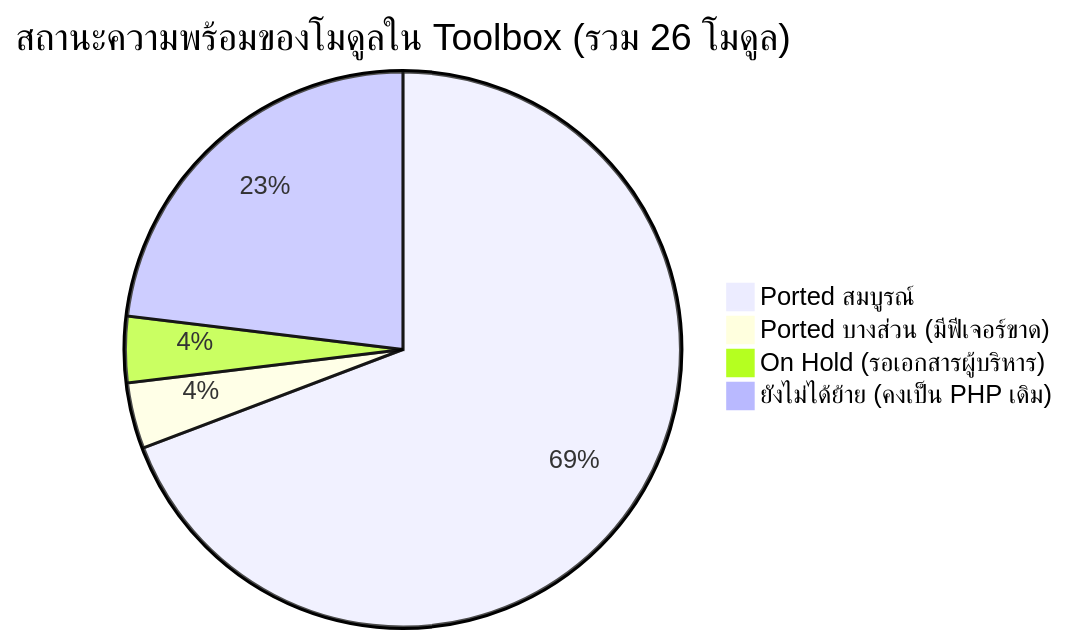
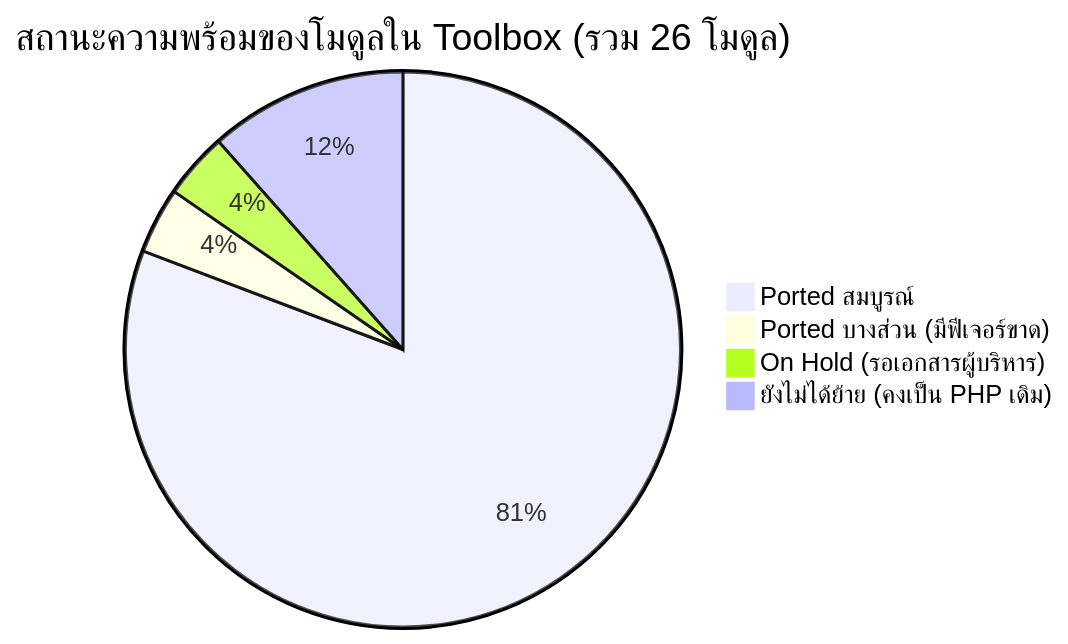
Before and after one commit to Scyst/MES: the first of 2 diagrams in MES/docs/blueprint/MES_LEGACY_VS_TOOLBOX_GAP_ANALYSIS.md, drawn with Mermaid. The commit also changed other lines of this file and 31 other files, not shown here.

````diff
--- a/MES/docs/blueprint/MES_LEGACY_VS_TOOLBOX_GAP_ANALYSIS.md
+++ b/MES/docs/blueprint/MES_LEGACY_VS_TOOLBOX_GAP_ANALYSIS.md
@@ -18,7 +18,7 @@
 ```mermaid
 pie title สถานะความพร้อมของโมดูลใน Toolbox (รวม 26 โมดูล)
-    "Ported สมบูรณ์" : 18
+    "Ported สมบูรณ์" : 21
     "Ported บางส่วน (มีฟีเจอร์ขาด)" : 1
     "On Hold (รอเอกสารผู้บริหาร)" : 1
-    "ยังไม่ได้ย้าย (คงเป็น PHP เดิม)" : 6
+    "ยังไม่ได้ย้าย (คงเป็น PHP เดิม)" : 3
 ```
````
